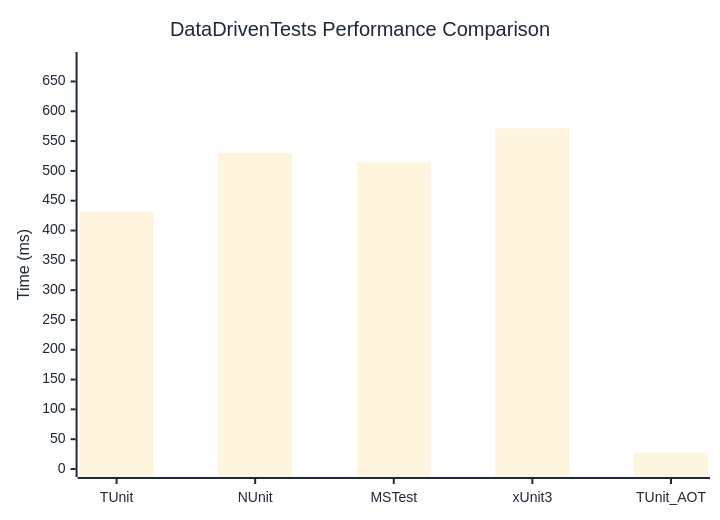
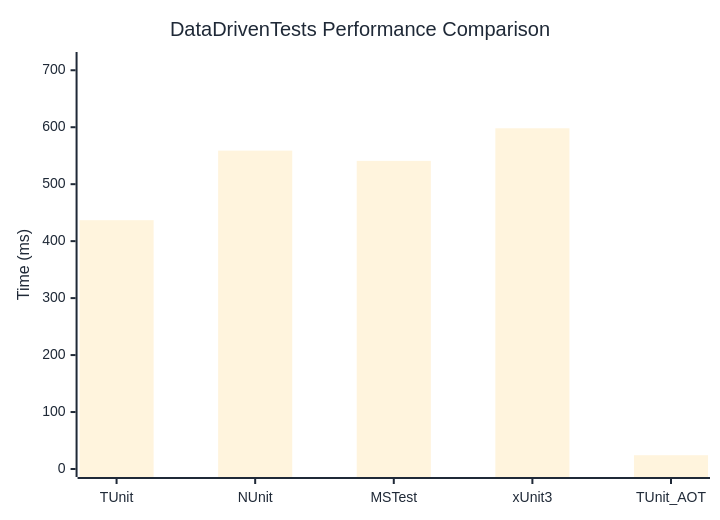
Before and after one commit to thomhurst/TUnit: the diagram in docs/docs/benchmarks/DataDrivenTests.md, drawn with Mermaid. The commit also changed other lines of this file and 17 other files, not shown here.

````diff
--- a/docs/docs/benchmarks/DataDrivenTests.md
+++ b/docs/docs/benchmarks/DataDrivenTests.md
@@ -27,37 +27,37 @@
 ```mermaid
 %%{init: {
   'theme':'base',
   'themeVariables': {
     'primaryColor': '#2563eb',
     'primaryTextColor': '#1f2937',
     'primaryBorderColor': '#1e40af',
     'lineColor': '#6b7280',
     'secondaryColor': '#7c3aed',
     'tertiaryColor': '#dc2626',
     'background': '#ffffff',
     'mainBkg': '#2563eb',
     'secondBkg': '#7c3aed',
     'tertiaryBkg': '#dc2626',
     'clusterBkg': '#f3f4f6',
     'edgeLabelBackground': '#ffffff',
     'tertiaryTextColor': '#1f2937',
     'pie1': '#2563eb',
     'pie2': '#7c3aed',
     'pie3': '#dc2626',
     'pie4': '#f59e0b',
     'pie5': '#10b981',
     'pie6': '#06b6d4',
     'pie7': '#ec4899',
     'pie8': '#6366f1',
     'pie9': '#84cc16',
     'pie10': '#f97316',
     'pie11': '#14b8a6',
     'pie12': '#a855f7'
   }
 }}%%
 xychart-beta
   title "DataDrivenTests Performance Comparison"
   x-axis ["TUnit", "NUnit", "MSTest", "xUnit3", "TUnit_AOT"]
-  y-axis "Time (ms)" 0 --> 686
-  bar [431.81, 530.11, 514.31, 571.26, 27.11]
+  y-axis "Time (ms)" 0 --> 718
+  bar [436.81, 558.9, 540.91, 598.12, 24.2]
 ```
````
